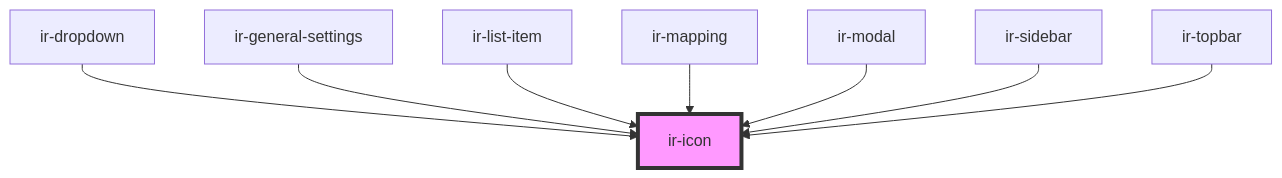
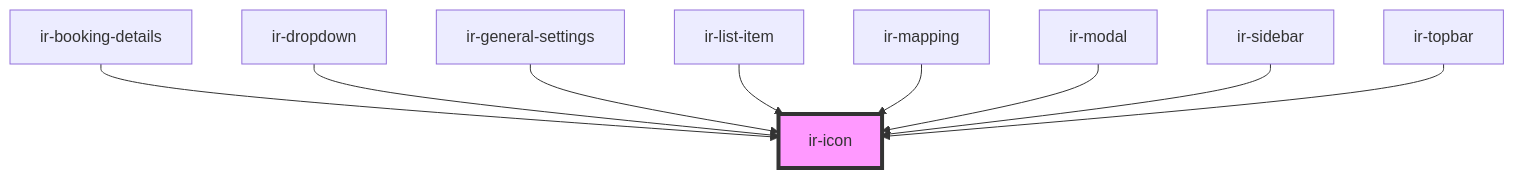
One commit to freddynasr/ir-webcmp changed the diagram in src/components/ir-icon/readme.md. Above: the diagram before and after it, drawn with Mermaid. The commit also changed other lines of this file and 9 other files, not shown here.

Commit message:
first booking details commit

````diff
--- a/src/components/ir-icon/readme.md
+++ b/src/components/ir-icon/readme.md
@@ -28,11 +29,12 @@
 ```mermaid
 graph TD;
+  ir-booking-details --> ir-icon
   ir-dropdown --> ir-icon
   ir-general-settings --> ir-icon
   ir-list-item --> ir-icon
   ir-mapping --> ir-icon
   ir-modal --> ir-icon
   ir-sidebar --> ir-icon
   ir-topbar --> ir-icon
   style ir-icon fill:#f9f,stroke:#333,stroke-width:4px
 ```
````
